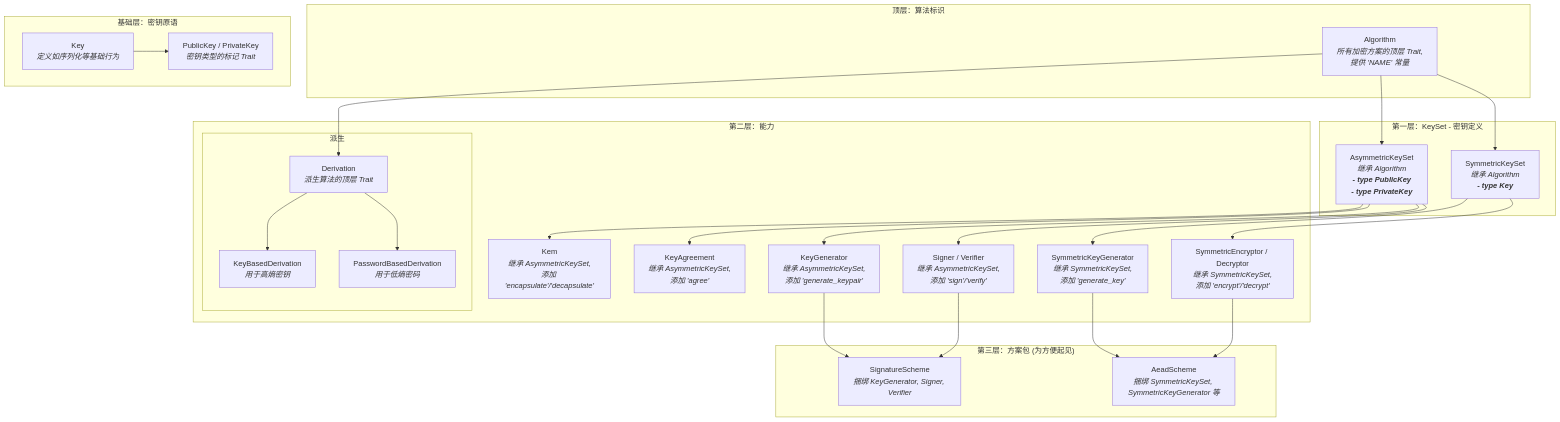
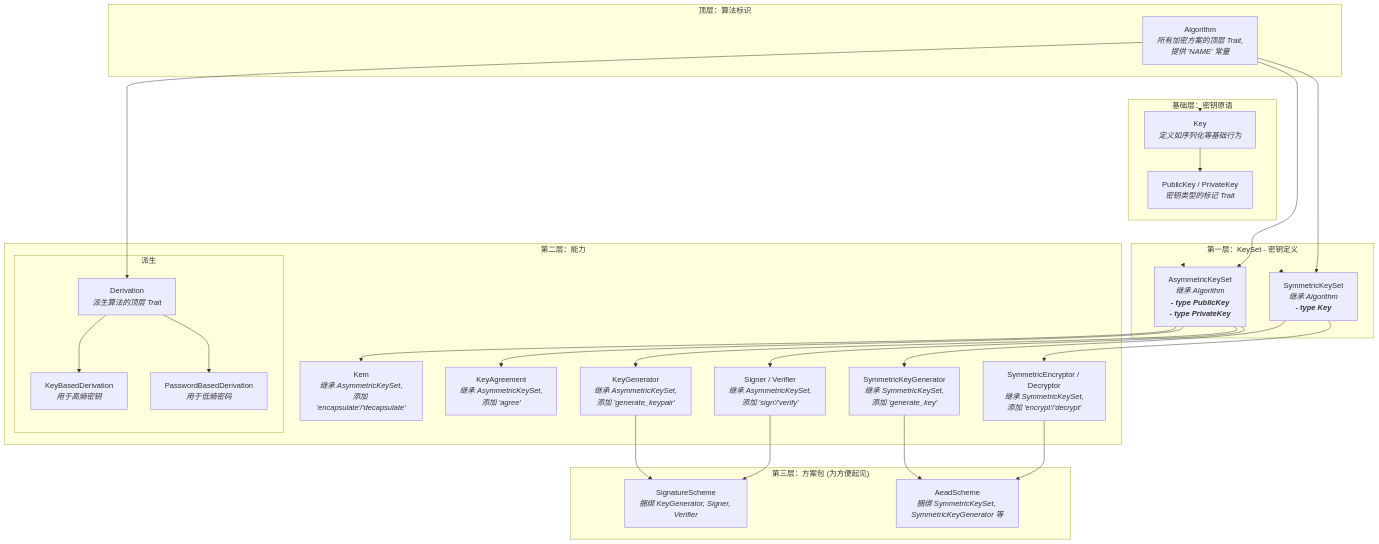
Before and after one commit to ShaoG-R/seal-crypto: the diagram in README_CN.md, drawn with Mermaid. The commit also changed 1 other file, not shown here.

Commit message:
更新 README 文件，优化图表结构，调整链接以增强可读性和布局效果。

````diff
--- a/README_CN.md
+++ b/README_CN.md
@@ -82,56 +82,53 @@
 ```mermaid
 graph TD
     subgraph "顶层：算法标识"
         Z["Algorithm<br/><i>所有加密方案的顶层 Trait,<br/>提供 'NAME' 常量</i>"]
     end
 
     subgraph "基础层：密钥原语"
         A["Key<br/><i>定义如序列化等基础行为</i>"]
         B["PublicKey / PrivateKey<br/><i>密钥类型的标记 Trait</i>"]
     end
 
     subgraph "第一层：KeySet - 密钥定义"
         C["AsymmetricKeySet<br/><i>继承 Algorithm<br/><b>- type PublicKey<br/>- type PrivateKey</b></i>"]
         D["SymmetricKeySet<br/><i>继承 Algorithm<br/><b>- type Key</b></i>"]
     end
 
     subgraph "第二层：能力"
         F["KeyGenerator<br/><i>继承 AsymmetricKeySet,<br/>添加 'generate_keypair'</i>"]
         G["Signer / Verifier<br/><i>继承 AsymmetricKeySet,<br/>添加 'sign'/'verify'</i>"]
         H["Kem<br/><i>继承 AsymmetricKeySet,<br/>添加 'encapsulate'/'decapsulate'</i>"]
         M["KeyAgreement<br/><i>继承 AsymmetricKeySet,<br/>添加 'agree'</i>"]
         I["SymmetricKeyGenerator<br/><i>继承 SymmetricKeySet,<br/>添加 'generate_key'</i>"]
         J["SymmetricEncryptor / Decryptor<br/><i>继承 SymmetricKeySet,<br/>添加 'encrypt'/'decrypt'</i>"]
         
         subgraph "派生"
             N_BASE["Derivation<br/><i>派生算法的顶层 Trait</i>"]
             N_KEY["KeyBasedDerivation<br/><i>用于高熵密钥</i>"]
             N_PASS["PasswordBasedDerivation<br/><i>用于低熵密码</i>"]
         end
     end
     
     subgraph "第三层：方案包 (为方便起见)"
         K["SignatureScheme<br/><i>捆绑 KeyGenerator, Signer, Verifier</i>"]
         L["AeadScheme<br/><i>捆绑 SymmetricKeySet, SymmetricKeyGenerator 等</i>"]
     end
 
+    %% Invisible links to enforce vertical layout
+    Z --> A
+    B --> C
+    B --> D
+    
+    %% Visible links
     A --> B
+    Z --> C & D & N_BASE
+    C --> F & G & H & M
+    F & G --> K
+    D --> I & J
+    I & J --> L
+    N_BASE --> N_KEY & N_PASS
 
-    Z --> C
-    Z --> D
-    Z --> N_BASE
-    
-    C --> F
-    C --> G
-    C --> H
-    C --> M
-    
-    F & G --> K
-
-    D --> I
-    D --> J
-    I & J --> L
-
-    N_BASE --> N_KEY
-    N_BASE --> N_PASS
+    %% Style the layout links to be invisible
+    linkStyle 0,1,2 stroke-width:0px
 ```
````
